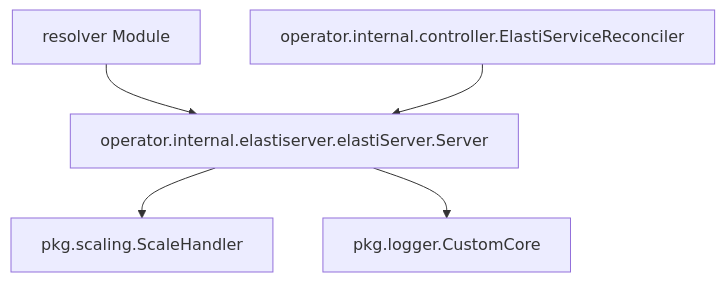
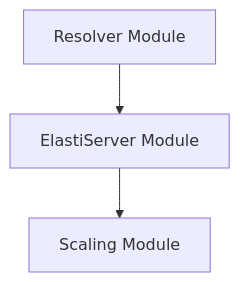
One commit to ShreyasPatel031/CodeWiki changed the diagram in demo/repos/KubeElasti/elastiserver.md. Above: the diagram before and after it, drawn with Mermaid. The commit also changed other lines of this file and 55 other files, not shown here.

````diff
--- a/demo/repos/KubeElasti/elastiserver.md
+++ b/demo/repos/KubeElasti/elastiserver.md
@@ -19,13 +47,8 @@
 ```mermaid
 graph TD
-    A[operator.internal.elastiserver.elastiServer.Server] --> B[pkg.scaling.ScaleHandler]
-    A --> C[pkg.logger.CustomCore]
-    D[resolver Module] --> A
-    E[operator.internal.controller.ElastiServiceReconciler] --> A
+    resolver[Resolver Module] --> elastiserver[ElastiServer Module]
+    elastiserver --> scaling[Scaling Module]
 
-    click A "elastiserver.md" "ElastiServer Module"
-    click B "scaling.md" "View Scaling Module"
-    click C "logger.md" "View Logger Module"
-    click D "resolver.md" "View Resolver Module"
-    click E "controller.md" "View Controller Module"
+    click resolver "resolver.md" "View Resolver Module"
+    click scaling "scaling.md" "View Scaling Module"
 ```
````
